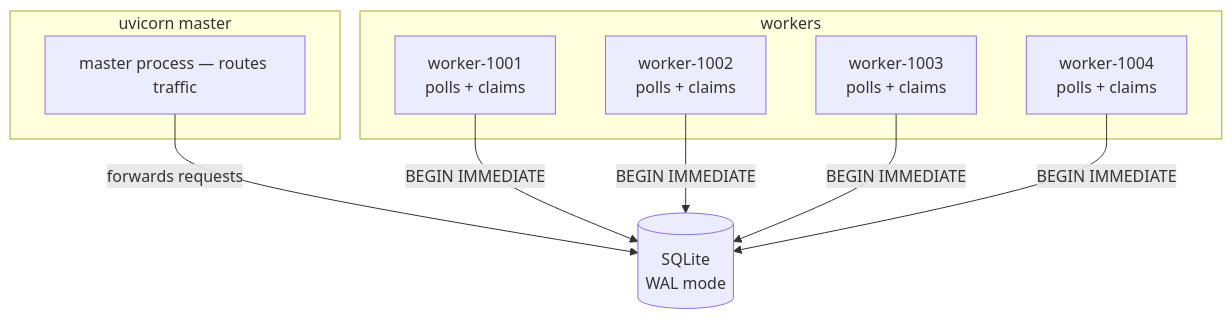
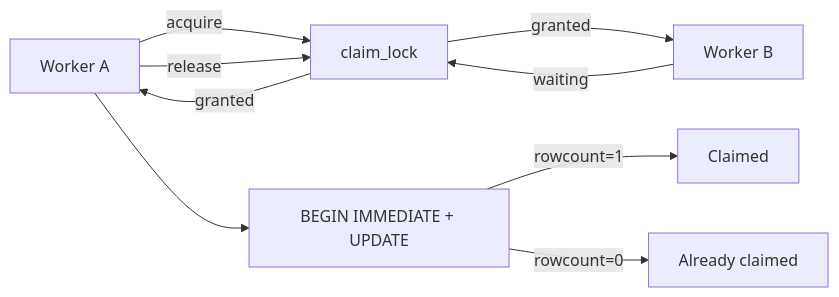
One commit to mo1ein/qq changed the fifth of 5 diagrams in README.md. Above: the diagram before and after it, drawn with Mermaid. The commit also changed other lines of this file and 9 other files, not shown here.

````diff
--- a/README.md
+++ b/README.md
@@ -164,18 +106,11 @@
 ```mermaid
-flowchart TD
-    subgraph uvicorn master
-        M[master process — routes traffic]
-    end
-    subgraph workers
-        W1[worker-1001<br/>polls + claims]
-        W2[worker-1002<br/>polls + claims]
-        W3[worker-1003<br/>polls + claims]
-        W4[worker-1004<br/>polls + claims]
-    end
-    DB[(SQLite<br/>WAL mode)]
-    M -->|forwards requests| DB
-    W1 -->|BEGIN IMMEDIATE| DB
-    W2 -->|BEGIN IMMEDIATE| DB
-    W3 -->|BEGIN IMMEDIATE| DB
-    W4 -->|BEGIN IMMEDIATE| DB
+flowchart LR
+    W1[Worker A] -->|acquire| LOCK[claim_lock]
+    W2[Worker B] -->|waiting| LOCK
+    LOCK -->|granted| W1
+    W1 --> SQL[BEGIN IMMEDIATE + UPDATE]
+    SQL -->|rowcount=1| OK[Claimed]
+    SQL -->|rowcount=0| FAIL[Already claimed]
+    W1 -->|release| LOCK
+    LOCK -->|granted| W2
 ```
````
